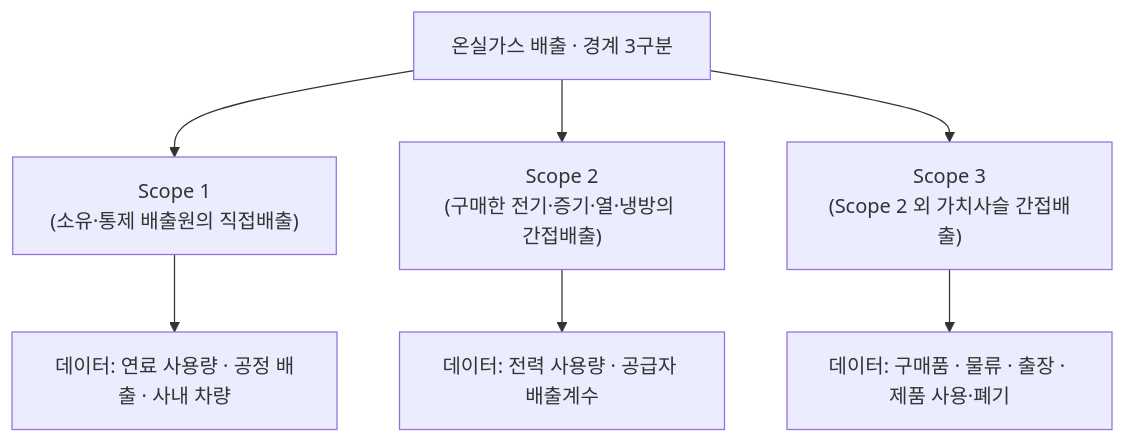
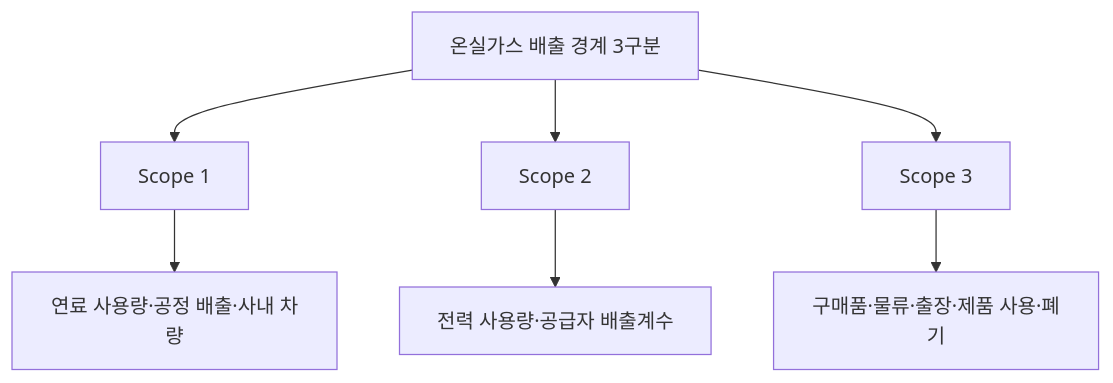
One commit to agnusdei1207/study changed the third of 4 diagrams in src/content/docs/notes/itpe/01-it-strategy/011_esg.md. Above: the diagram before and after it, drawn with Mermaid. The commit also changed other lines of this file and 19 other files, not shown here.

````diff
--- a/src/content/docs/notes/itpe/01-it-strategy/011_esg.md
+++ b/src/content/docs/notes/itpe/01-it-strategy/011_esg.md
@@ -93,10 +100,10 @@
 ```mermaid
 flowchart TD
-    ROOT["온실가스 배출 · 경계 3구분"] --> S1["Scope 1<br/>(소유·통제 배출원의 직접배출)"]
-    ROOT --> S2["Scope 2<br/>(구매한 전기·증기·열·냉방의 간접배출)"]
-    ROOT --> S3["Scope 3<br/>(Scope 2 외 가치사슬 간접배출)"]
+    ROOT["온실가스 배출 경계 3구분"] --> S1["Scope 1"]
+    ROOT --> S2["Scope 2"]
+    ROOT --> S3["Scope 3"]
 
-    S1 --> D1["데이터: 연료 사용량 · 공정 배출 · 사내 차량"]
-    S2 --> D2["데이터: 전력 사용량 · 공급자 배출계수"]
-    S3 --> D3["데이터: 구매품 · 물류 · 출장 · 제품 사용·폐기"]
+    S1 --> D1["연료 사용량·공정 배출·사내 차량"]
+    S2 --> D2["전력 사용량·공급자 배출계수"]
+    S3 --> D3["구매품·물류·출장·제품 사용·폐기"]
 ```
````
